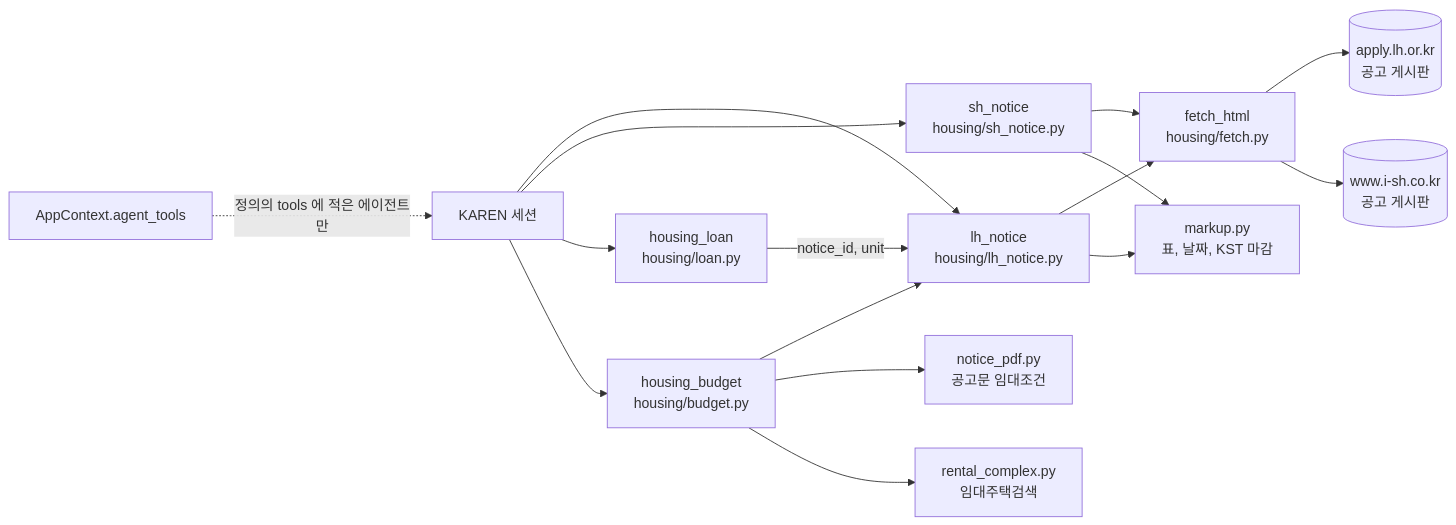
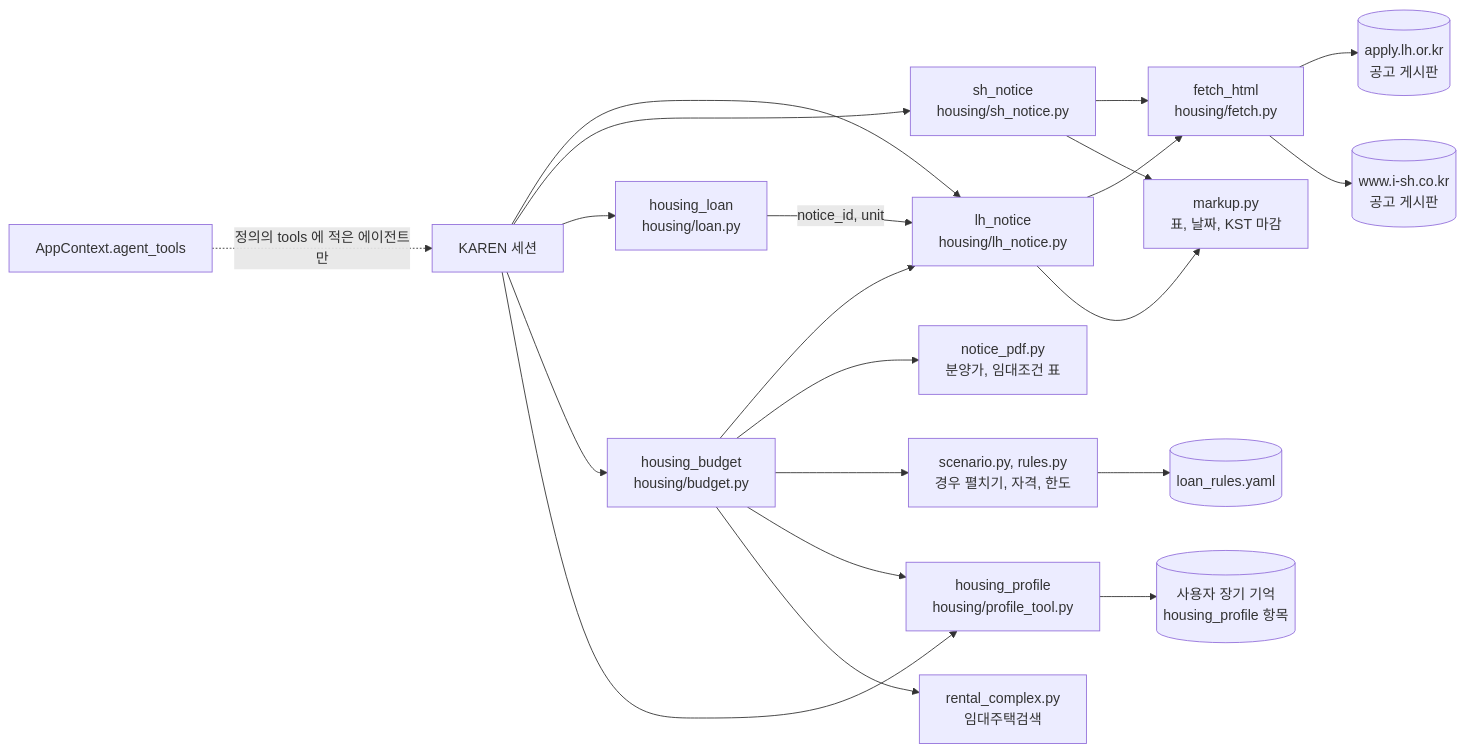
The third of 3 diagrams in website/docs/agents/karen/housing.md (ash-hun/jarvis-agent), drawn with Mermaid before and after one commit. The commit also changed other lines of this file and 29 other files, not shown here.

````diff
--- a/website/docs/agents/karen/housing.md
+++ b/website/docs/agents/karen/housing.md
@@ -170,18 +248,23 @@
 ```mermaid
 flowchart LR
   K[KAREN 세션] --> LH[lh_notice<br/>housing/lh_notice.py]
   K --> SH[sh_notice<br/>housing/sh_notice.py]
   K --> LOAN[housing_loan<br/>housing/loan.py]
   K --> BUD[housing_budget<br/>housing/budget.py]
+  K --> PROF[housing_profile<br/>housing/profile_tool.py]
   BUD --> LH
-  BUD --> PDF[notice_pdf.py<br/>공고문 임대조건]
+  BUD --> PDF[notice_pdf.py<br/>분양가, 임대조건 표]
+  BUD --> SCN["scenario.py, rules.py<br/>경우 펼치기, 자격, 한도"]
+  SCN --> RULES[("loan_rules.yaml")]
+  BUD --> PROF
+  PROF --> MEM[("사용자 장기 기억<br/>housing_profile 항목")]
   BUD --> CPX[rental_complex.py<br/>임대주택검색]
   LOAN -->|notice_id, unit| LH
   LH --> FETCH[fetch_html<br/>housing/fetch.py]
   SH --> FETCH
   FETCH --> LHS[(apply.lh.or.kr<br/>공고 게시판)]
   FETCH --> SHS[(www.i-sh.co.kr<br/>공고 게시판)]
   LH --> MK[markup.py<br/>표, 날짜, KST 마감]
   SH --> MK
   CTX[AppContext.agent_tools] -. 정의의 tools 에 적은 에이전트만 .-> K
 ```
````
